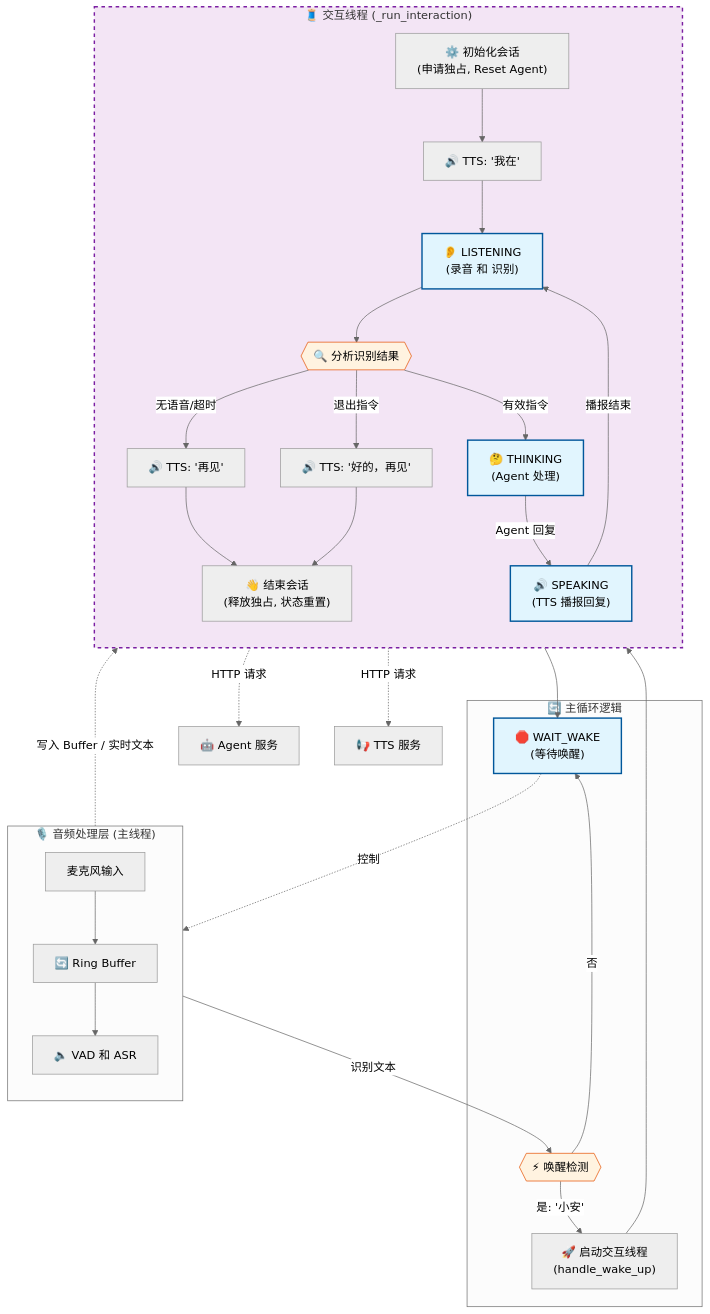
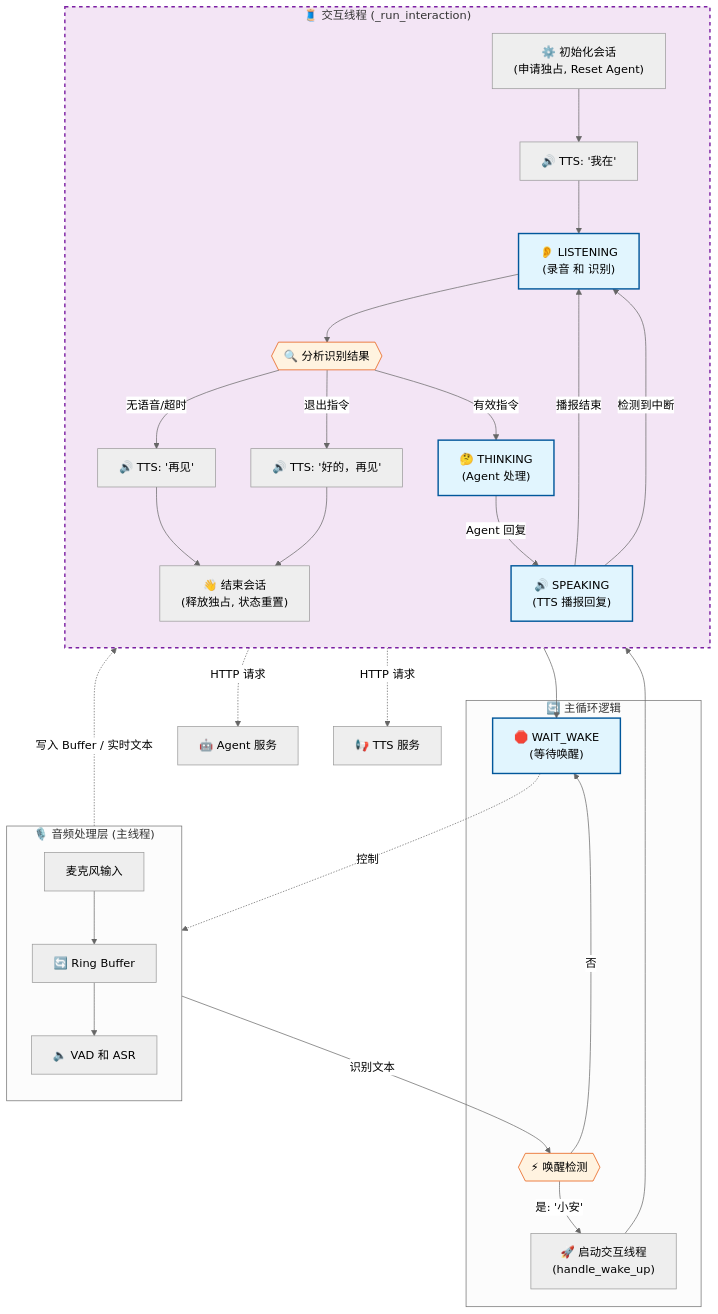
The first of 2 diagrams in interaction/docs/interaction.md (sakuzeng/xiangyang_asr), drawn with Mermaid (neutral theme) before and after one commit. The commit also changed other lines of this file and 3 other files, not shown here.

````diff
--- a/interaction/docs/interaction.md
+++ b/interaction/docs/interaction.md
@@ -27,65 +27,66 @@
 ```mermaid
 graph TB
     subgraph AudioProcessing ["🎙️ 音频处理层 (主线程)"]
         direction TB
         Mic["麦克风输入"] --> Buffer["🔄 Ring Buffer"]
         Buffer --> VAD["🔈 VAD 和 ASR"]
     end
 
     subgraph MainLoop ["🔄 主循环逻辑"]
         StateWait["🛑 WAIT_WAKE<br/>(等待唤醒)"]
         WakeCheck{{"⚡ 唤醒检测"}}
         
         %% 连接音频层与主循环
         VAD -->|识别文本| WakeCheck
         StateWait -.->|控制| VAD
         
         WakeCheck -->|否| StateWait
         WakeCheck -->|是: '小安'| StartSession["🚀 启动交互线程<br/>(handle_wake_up)"]
     end
 
     subgraph InteractionThread ["🧵 交互线程 (_run_interaction)"]
         direction TB
         
         StartSession --> InitSession["⚙️ 初始化会话<br/>(申请独占, Reset Agent)"]
         InitSession --> SayHi["🔊 TTS: '我在'"]
         SayHi --> StateListen
         
         StateListen["👂 LISTENING<br/>(录音 和 识别)"]
         
         %% 连接音频层与交互线程
         VAD -.->|写入 Buffer / 实时文本| StateListen
         
         AnalyzeResult{{"🔍 分析识别结果"}}
         StateListen --> AnalyzeResult
         
         AnalyzeResult -->|无语音/超时| SayBye1["🔊 TTS: '再见'"]
         AnalyzeResult -->|退出指令| SayBye2["🔊 TTS: '好的，再见'"]
         AnalyzeResult -->|有效指令| StateThink
         
         SayBye1 --> EndSession["👋 结束会话<br/>(释放独占, 状态重置)"]
         SayBye2 --> EndSession
         
         StateThink["🤔 THINKING<br/>(Agent 处理)"]
         StateSpeak["🔊 SPEAKING<br/>(TTS 播报回复)"]
         
         StateThink -->|Agent 回复| StateSpeak
         StateSpeak -->|播报结束| StateListen
+        StateSpeak -->|检测到中断| StateListen
     end
 
     EndSession --> StateWait
 
     %% 外部服务连接
     StateThink -.->|HTTP 请求| Agent["🤖 Agent 服务"]
     StateSpeak -.->|HTTP 请求| TTS["📢 TTS 服务"]
     
     %% 样式定义
     classDef state fill:#e1f5fe,stroke:#01579b,stroke-width:2px;
     class StateWait,StateListen,StateThink,StateSpeak state;
     
     classDef logic fill:#fff3e0,stroke:#e65100,stroke-width:1px;
     class WakeCheck,AnalyzeResult logic;
     
     classDef session fill:#f3e5f5,stroke:#7b1fa2,stroke-width:2px,stroke-dasharray: 5 5;
     class InteractionThread session;
 ```
````
